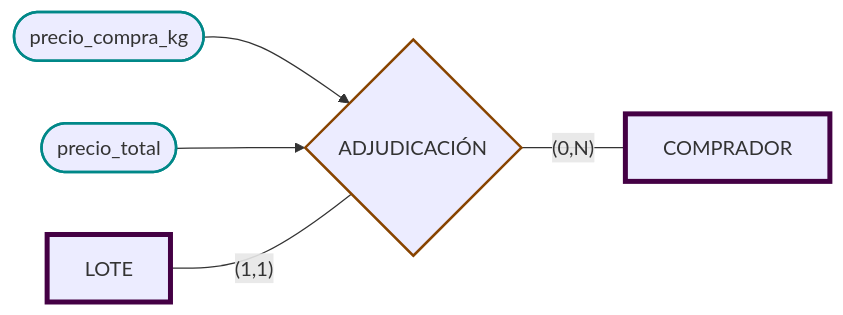
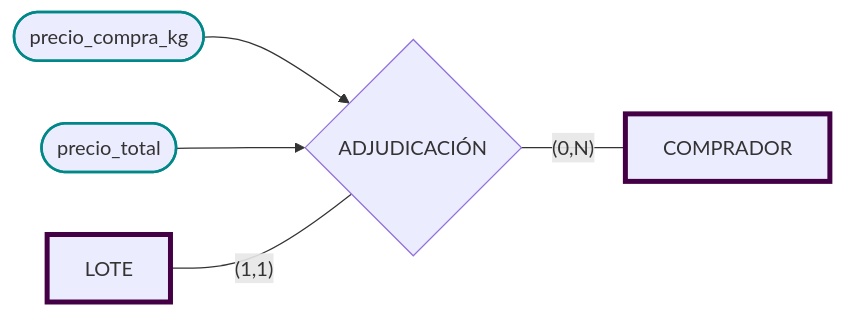
The eighth of 13 diagrams in DataBases/lonja_DB.md (JulTob/Data), drawn with Mermaid before and after one commit. The commit also changed other lines of this file, not shown here.

````diff
--- a/DataBases/lonja_DB.md
+++ b/DataBases/lonja_DB.md
@@ -334,17 +331,20 @@
 ```mermaid
 flowchart LR
+  classDef atributo stroke:#088,stroke-width:2px;
+  classDef derivado stroke-width:3px, stroke-dasharray:3 3;
+  classDef pk stroke:#800,stroke-width:4px;
+  classDef fk stroke:#080,stroke-width:4px;
   classDef entidad stroke:#404,stroke-width:4px;
-  classDef relacion stroke:#840,stroke-width:2px;
-  classDef atributo stroke:#088,stroke-width:2px;
+  classDef pkfk stroke:#880,stroke-width:4px;
 
   Lote[LOTE]:::entidad
   Comprador[COMPRADOR]:::entidad
   Adjudicacion{ADJUDICACIÓN}:::relacion
 
   precio_kg([precio_compra_kg]):::atributo --> Adjudicacion
   precio_total([precio_total]):::atributo --> Adjudicacion
 
   Lote ---|"(1,1)"| Adjudicacion
   Adjudicacion ---|"(0,N)"| Comprador
 
 ```
````
